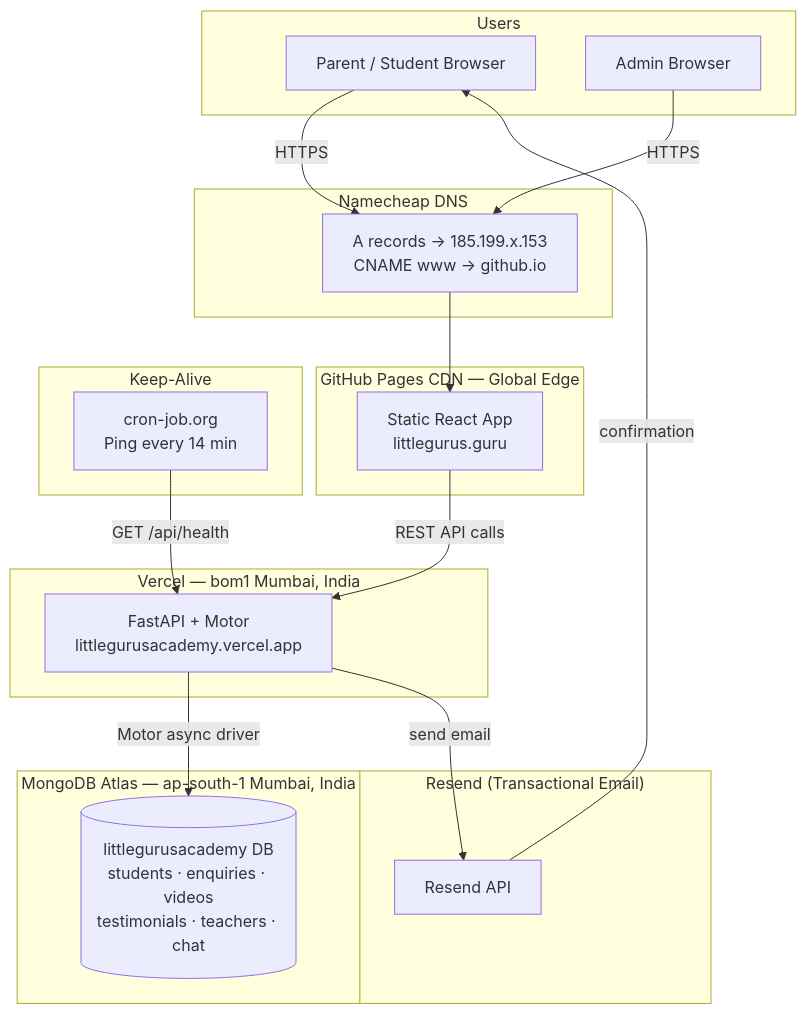
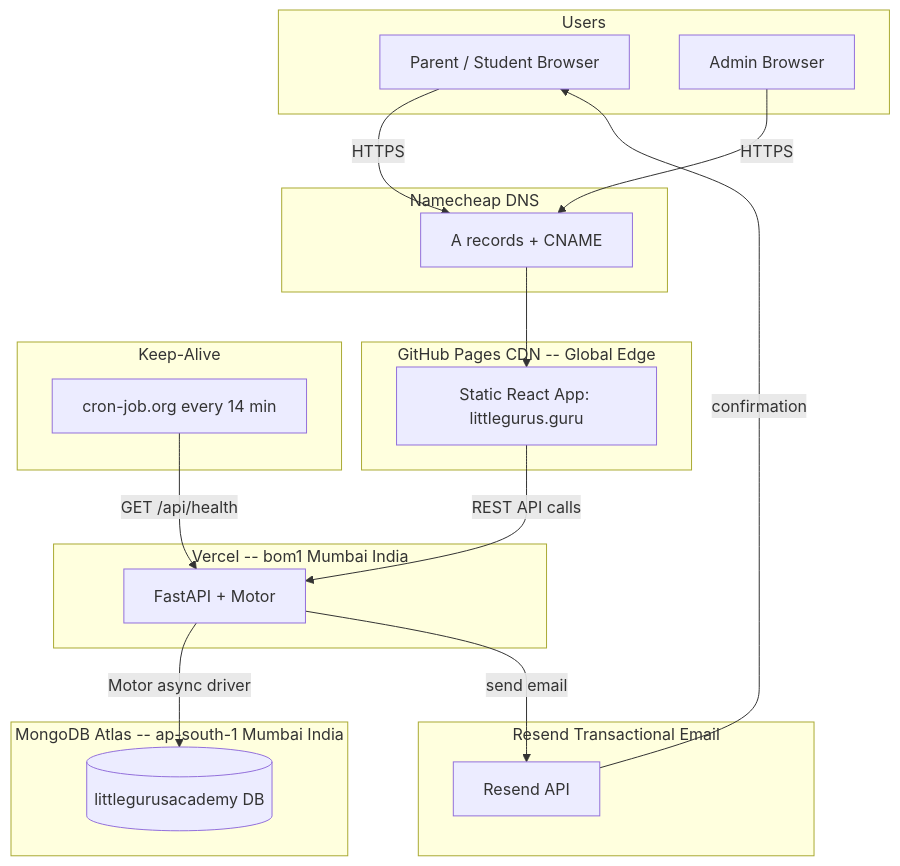
Before and after one commit to dineshsrivastava07-cell/littlegurusacademy: the first of 7 diagrams in Architecture.md, drawn with Mermaid. The commit also changed other lines of this file, not shown here.

Commit message:
fix: correct all Mermaid diagrams for GitHub renderer (remove backslash-n, @, URLs in node labels)

````diff
--- a/Architecture.md
+++ b/Architecture.md
@@ -9,40 +9,40 @@
 ```mermaid
 graph TB
     subgraph Users
         P[Parent / Student Browser]
         A[Admin Browser]
     end
 
-    subgraph CDN ["GitHub Pages CDN — Global Edge"]
-        GHP["Static React App\nlittlegurus.guru"]
+    subgraph CDN [GitHub Pages CDN -- Global Edge]
+        GHP[Static React App: littlegurus.guru]
     end
 
-    subgraph India_Compute ["Vercel — bom1 Mumbai, India"]
-        API["FastAPI + Motor\nlittlegurusacademy.vercel.app"]
+    subgraph India_Compute [Vercel -- bom1 Mumbai India]
+        API[FastAPI + Motor]
     end
 
-    subgraph India_Data ["MongoDB Atlas — ap-south-1 Mumbai, India"]
-        DB[("littlegurusacademy DB\nstudents · enquiries · videos\ntestimonials · teachers · chat")]
+    subgraph India_Data [MongoDB Atlas -- ap-south-1 Mumbai India]
+        DB[(littlegurusacademy DB)]
     end
 
-    subgraph Email_SVC ["Resend (Transactional Email)"]
+    subgraph Email_SVC [Resend Transactional Email]
         RS[Resend API]
     end
 
-    subgraph DNS_SVC ["Namecheap DNS"]
-        NC["A records → 185.199.x.153\nCNAME www → github.io"]
+    subgraph DNS_SVC [Namecheap DNS]
+        NC[A records + CNAME]
     end
 
-    subgraph KeepAlive ["Keep-Alive"]
-        CRON["cron-job.org\nPing every 14 min"]
+    subgraph KeepAlive [Keep-Alive]
+        CRON[cron-job.org every 14 min]
     end
 
     P -->|HTTPS| NC
     A -->|HTTPS| NC
     NC --> GHP
     GHP -->|REST API calls| API
     API -->|Motor async driver| DB
     API -->|send email| RS
     RS -->|confirmation| P
     CRON -->|GET /api/health| API
 ```
````
